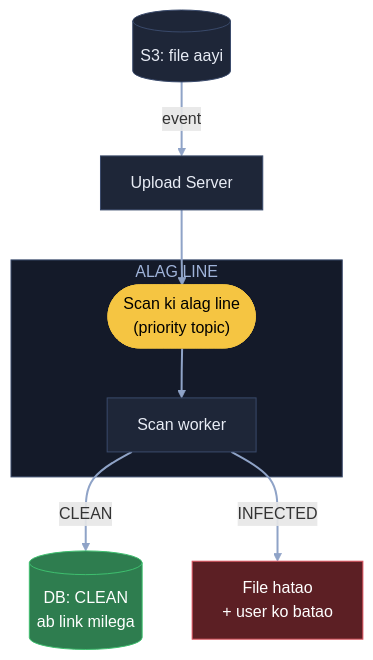
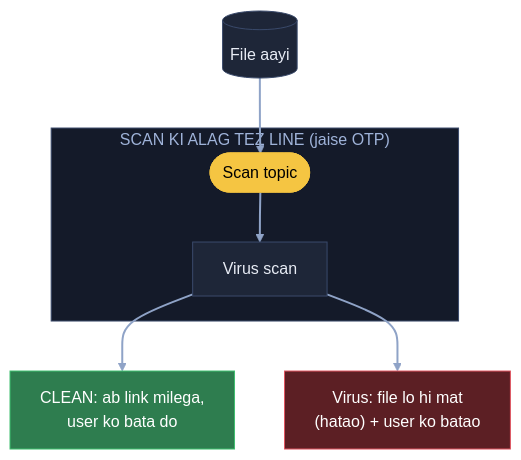
The eighth of 8 diagrams in 04_HLD/SYSTEM_DESIGNS/07_file_upload_validate_system/07_file_upload.md (ArpanMaheshwari144/Prep), drawn with Mermaid before and after one commit. The commit also changed other lines of this file, not shown here.

Commit message:
File upload: 8 diagram hand notes ke shabdon se; core me 7 nahi (notes jaisa), 'kiski hai', K3 apni jodi line hatai

````diff
--- a/04_HLD/SYSTEM_DESIGNS/07_file_upload_validate_system/07_file_upload.md
+++ b/04_HLD/SYSTEM_DESIGNS/07_file_upload_validate_system/07_file_upload.md
@@ -283,22 +289,20 @@
 ```mermaid
 flowchart TB
-    S3[("S3: file aayi")]:::card
-    U["Upload Server"]:::card
-    subgraph AL["ALAG LINE"]
-        K(["Scan ki alag line<br/>(priority topic)"]):::pill
-        W["Scan worker"]:::card
+    S3[("File aayi")]:::card
+    subgraph TL["SCAN KI ALAG TEZ LINE (jaise OTP)"]
+        K(["Scan topic"]):::pill
+        W["Virus scan"]:::card
     end
-    DB[("DB: CLEAN<br/>ab link milega")]:::good
-    X["File hatao<br/>+ user ko batao"]:::bad
-    S3 -- "event" --> U
-    U --> K
+    OK["CLEAN: ab link milega,<br/>user ko bata do"]:::good
+    X["Virus: file lo hi mat<br/>(hatao) + user ko batao"]:::bad
+    S3 --> K
     K --> W
-    W -- "CLEAN" --> DB
-    W -- "INFECTED" --> X
+    W --> OK
+    W --> X
     linkStyle default stroke:#8fa3c7,stroke-width:2px
     classDef card fill:#1e2638,stroke:#3a4a6b,color:#e8ecf5
     classDef pill fill:#f5c542,stroke:#f5c542,color:#000
     classDef good fill:#2e7d4f,stroke:#3fbf6f,color:#fff
     classDef bad fill:#5c1f24,stroke:#e05561,color:#fff
-    style AL fill:#141a29,stroke:#3a4a6b,color:#9fb3d9
+    style TL fill:#141a29,stroke:#3a4a6b,color:#9fb3d9
 ```
````
